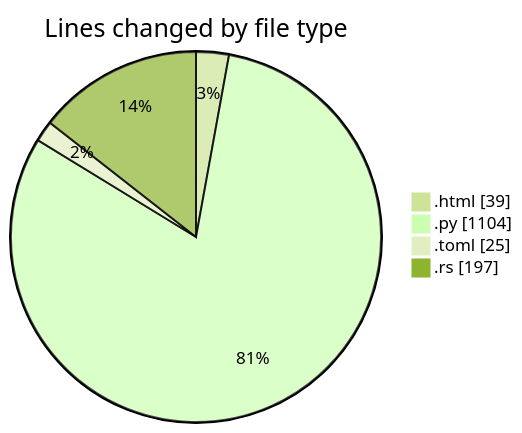
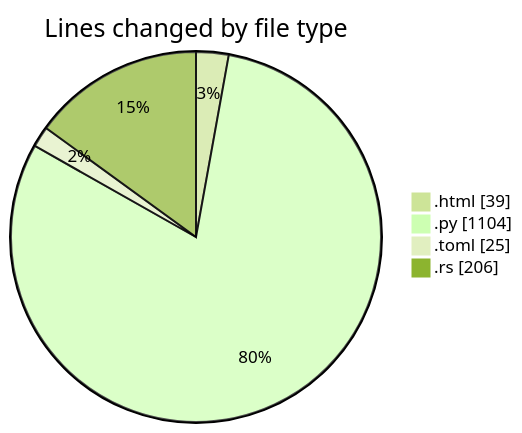
Before and after one commit to Ritupan-Deka/code-tracking: the first of 2 diagrams in 2025-06-22/___base/README.md, drawn with Mermaid (forest theme). The commit also changed other lines of this file and 1 other file, not shown here.

````diff
--- a/2025-06-22/___base/README.md
+++ b/2025-06-22/___base/README.md
@@ -25,8 +25,8 @@
 ```mermaid
 pie showData
 title Lines changed by file type
 ".html" : 39
 ".py" : 1104
 ".toml" : 25
-".rs" : 197
+".rs" : 206
 ```
````
